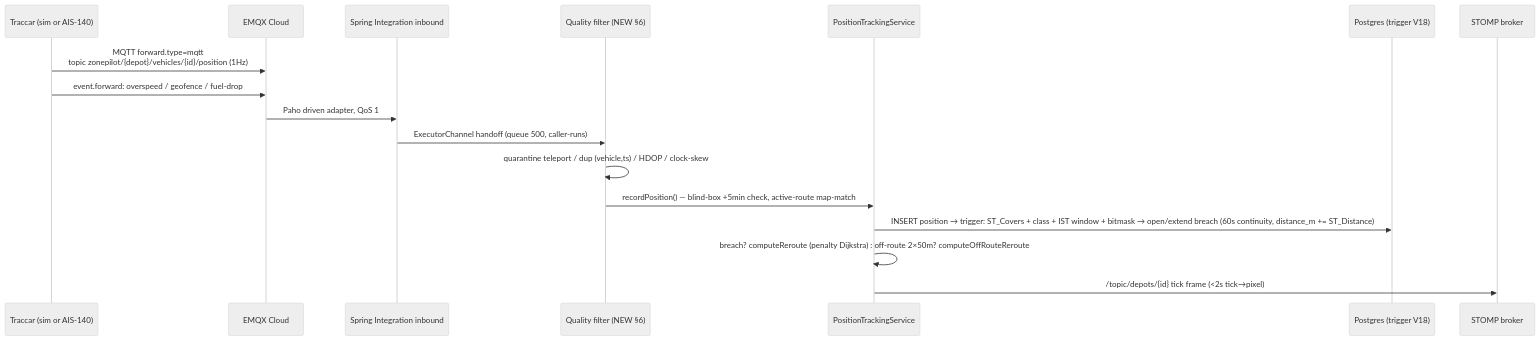
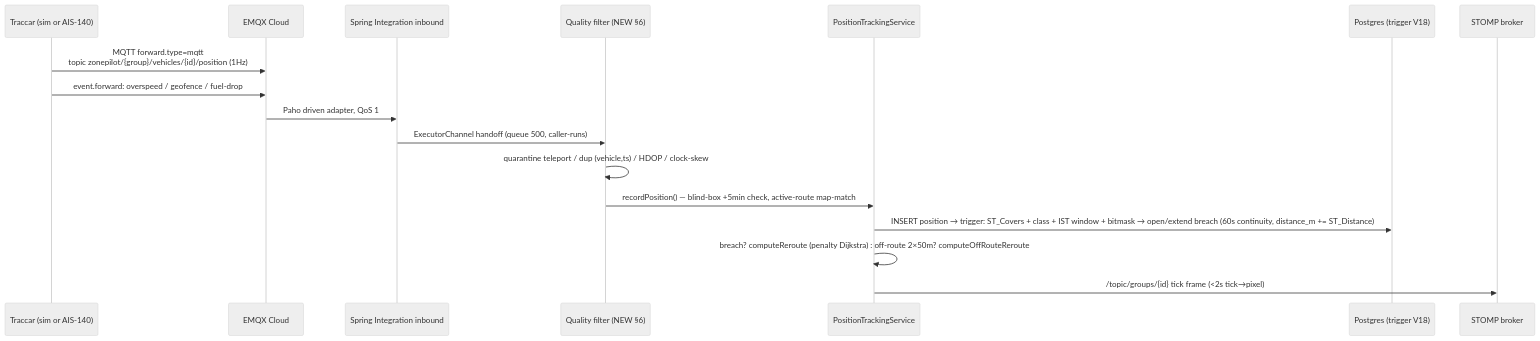
One commit to BlackPool25/ZonePilot changed the second of 2 diagrams in docs/25-DATA-MODELS-AND-PIPELINE.md. Above: the diagram before and after it, drawn with Mermaid (neutral theme). The commit also changed other lines of this file and 12 other files, not shown here.

Commit message:
fix(frontend,db,docs): wave C — multi-group dashboard feed, replay/route null-guards, lazy replay chunk, V43 retire simulation_path, depot→group docs, WsBroadcastIT deflake

````diff
--- a/docs/25-DATA-MODELS-AND-PIPELINE.md
+++ b/docs/25-DATA-MODELS-AND-PIPELINE.md
@@ -67,19 +69,19 @@
 ```mermaid
 sequenceDiagram
     participant T as Traccar (sim or AIS-140)
     participant E as EMQX Cloud
     participant SI as Spring Integration inbound
     participant Q as Quality filter (NEW §6)
     participant PT as PositionTrackingService
     participant DB as Postgres (trigger V18)
     participant WS as STOMP broker
-    T->>E: MQTT forward.type=mqtt<br/>topic zonepilot/{depot}/vehicles/{id}/position (1Hz)
+    T->>E: MQTT forward.type=mqtt<br/>topic zonepilot/{group}/vehicles/{id}/position (1Hz)
     T->>E: event.forward: overspeed / geofence / fuel-drop
     E->>SI: Paho driven adapter, QoS 1
     SI->>Q: ExecutorChannel handoff (queue 500, caller-runs)
     Q->>Q: quarantine teleport / dup (vehicle,ts) / HDOP / clock-skew
     Q->>PT: recordPosition() — blind-box +5min check, active-route map-match
     PT->>DB: INSERT position → trigger: ST_Covers + class + IST window + bitmask → open/extend breach (60s continuity, distance_m += ST_Distance)
     PT->>PT: breach? computeReroute (penalty Dijkstra) : off-route 2×50m? computeOffRouteReroute
-    PT->>WS: /topic/depots/{id} tick frame (<2s tick→pixel)
+    PT->>WS: /topic/groups/{id} tick frame (<2s tick→pixel)
 ```
````
